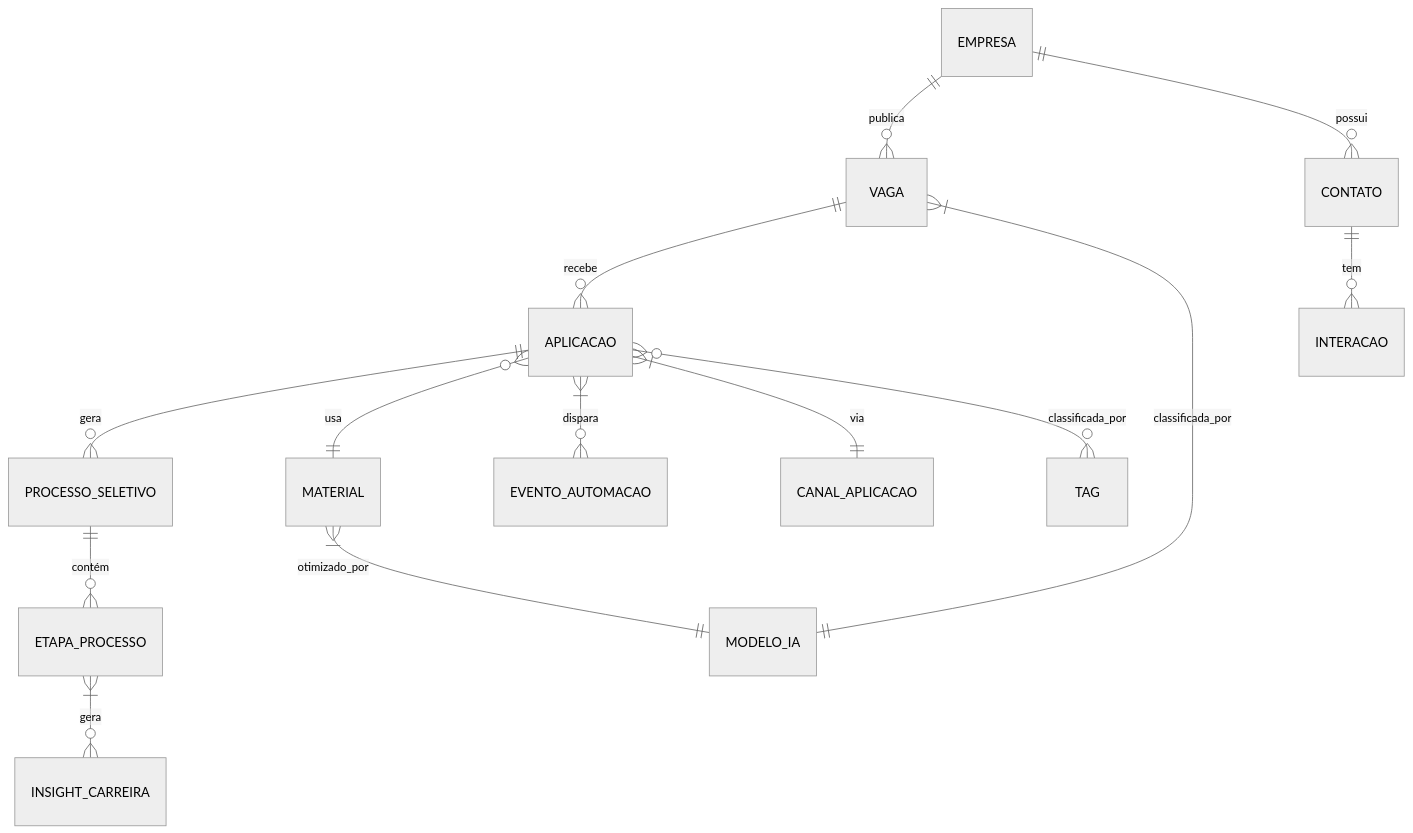
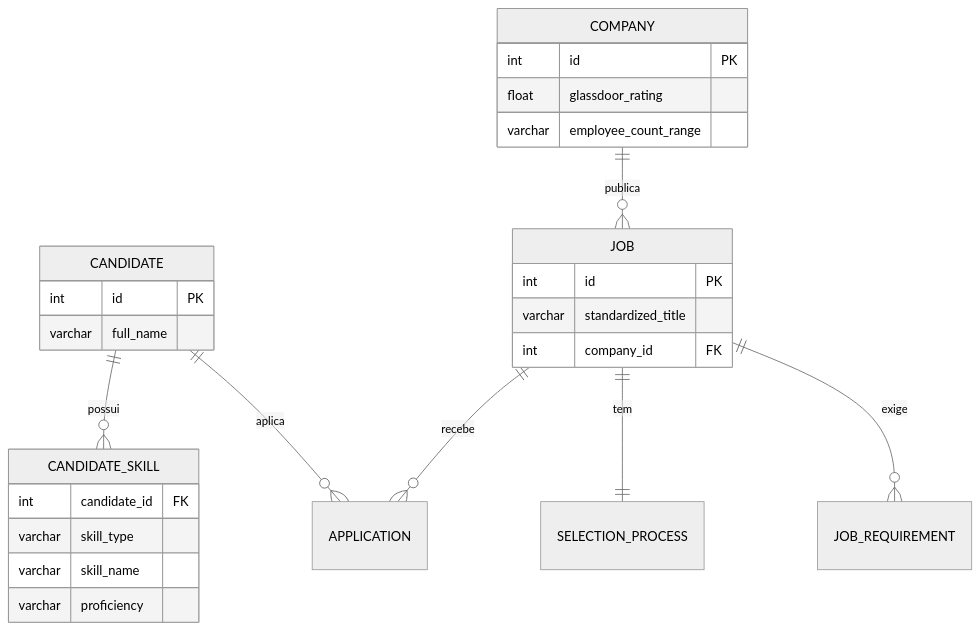
One commit to anandamatos/job-search changed the second of 6 diagrams in desafio_remodelado.md. Above: the diagram before and after it, drawn with Mermaid (neutral theme). The commit also changed other lines of this file, not shown here.

Commit message:
Análise e Otimização do Modelo de Dados

````diff
--- a/desafio_remodelado.md
+++ b/desafio_remodelado.md
@@ -39,21 +177,30 @@
 ```mermaid
 erDiagram
-%% Entidades Tradicionais
-EMPRESA ||--o{ VAGA : "publica"
-EMPRESA ||--o{ CONTATO : "possui"
-VAGA ||--o{ APLICACAO : "recebe"
-APLICACAO ||--o{ PROCESSO_SELETIVO : "gera"
-PROCESSO_SELETIVO ||--o{ ETAPA_PROCESSO : "contém"
-APLICACAO }o--|| MATERIAL : "usa"
+    CANDIDATE ||--o{ CANDIDATE_SKILL : "possui"
+    JOB ||--o{ JOB_REQUIREMENT : "exige"
+    COMPANY ||--o{ JOB : "publica"
+    CANDIDATE ||--o{ APPLICATION : "aplica"
+    JOB ||--o{ APPLICATION : "recebe"
+    JOB ||--|| SELECTION_PROCESS : "tem"
 
-%% Componentes de IA/Automação
-VAGA }|--|| MODELO_IA : "classificada_por"
-APLICACAO }|--o{ EVENTO_AUTOMACAO : "dispara"
-MATERIAL }|--|| MODELO_IA : "otimizado_por"
-ETAPA_PROCESSO }|--o{ INSIGHT_CARREIRA : "gera"
-
-%% Relacionamentos Adicionais
-APLICACAO }|--|| CANAL_APLICACAO : "via"
-APLICACAO }o--o{ TAG : "classificada_por"
-CONTATO ||--o{ INTERACAO : "tem"
+    CANDIDATE {
+        int id PK
+        varchar full_name
+    }
+    CANDIDATE_SKILL {
+        int candidate_id FK
+        varchar skill_type
+        varchar skill_name
+        varchar proficiency
+    }
+    JOB {
+        int id PK
+        varchar standardized_title
+        int company_id FK
+    }
+    COMPANY {
+        int id PK
+        float glassdoor_rating
+        varchar employee_count_range
+    }
 ```
````
